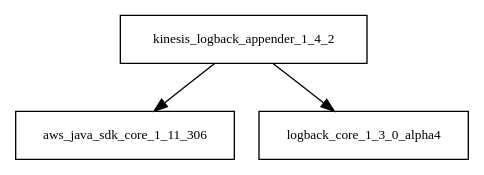
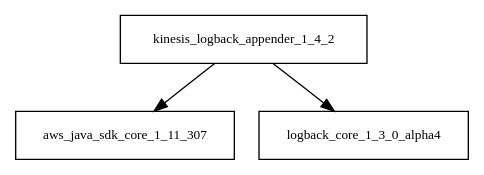
One commit to sjvs/cia changed the diagram in tattleTaleReport/graphviz/kinesis-logback-appender-1.4.2.jar/kinesis-logback-appender-1.4.2.jar.dot. Above: the diagram before and after it, drawn with Graphviz. The commit also changed 1854 other files, not shown here.

```diff
--- a/tattleTaleReport/graphviz/kinesis-logback-appender-1.4.2.jar/kinesis-logback-appender-1.4.2.jar.dot
+++ b/tattleTaleReport/graphviz/kinesis-logback-appender-1.4.2.jar/kinesis-logback-appender-1.4.2.jar.dot
@@ -1,5 +1,5 @@
 digraph kinesis_logback_appender_1_4_2_dependencies {
   node [shape = box, fontsize=10.0];
-  kinesis_logback_appender_1_4_2 -> aws_java_sdk_core_1_11_306;
+  kinesis_logback_appender_1_4_2 -> aws_java_sdk_core_1_11_307;
   kinesis_logback_appender_1_4_2 -> logback_core_1_3_0_alpha4;
 }
```
